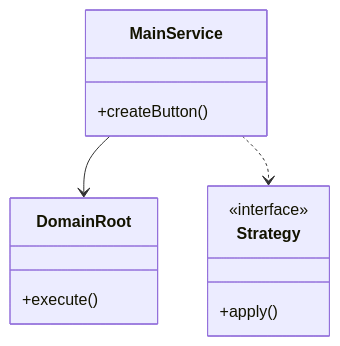
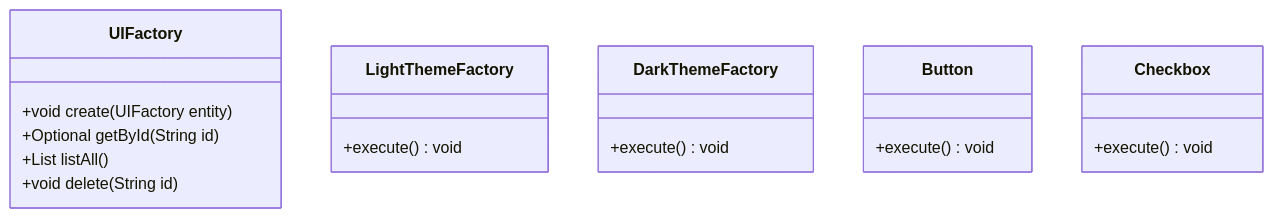
One commit to madhupaila/Interview-Prep-SSE changed the first of 3 diagrams in Learn/System Design - Low Level Design/03-design-patterns/questions/Q03-abstract-factory-ui.md. Above: the diagram before and after it, drawn with Mermaid. The commit also changed other lines of this file and 491 other files, not shown here.

````diff
--- a/Learn/System Design - Low Level Design/03-design-patterns/questions/Q03-abstract-factory-ui.md
+++ b/Learn/System Design - Low Level Design/03-design-patterns/questions/Q03-abstract-factory-ui.md
@@ -74,15 +92,21 @@
 ```mermaid
 classDiagram
-    class MainService {
-        +createButton()
+    class UIFactory {
+        +void create(UIFactory entity)
+        +Optional<UIFactory> getById(String id)
+        +List<UIFactory> listAll()
+        +void delete(String id)
     }
-    class DomainRoot {
-        +execute()
+    class LightThemeFactory {
+        +execute() void
     }
-    class Strategy {
-        <<interface>>
-        +apply()
+    class DarkThemeFactory {
+        +execute() void
     }
-    MainService --> DomainRoot
-    MainService ..> Strategy
+    class Button {
+        +execute() void
+    }
+    class Checkbox {
+        +execute() void
+    }
 ```
````
